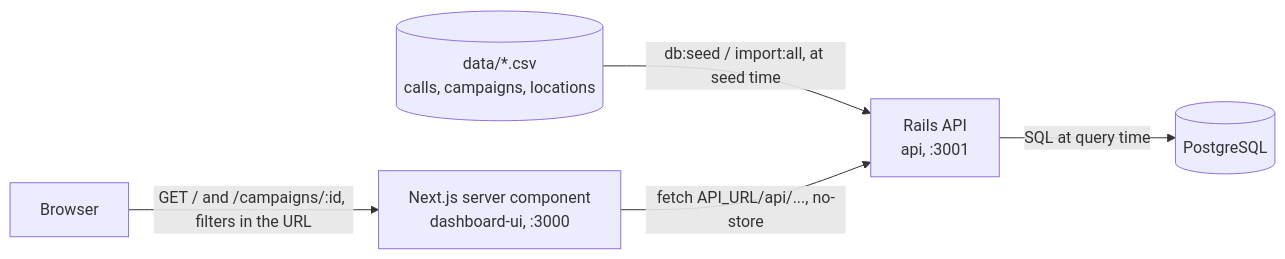
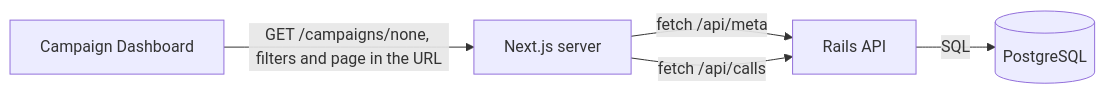
Before and after one commit to diegovazquezny/campaign-dashboard: the third of 6 diagrams in TECHNICAL.md, drawn with Mermaid. The commit also changed other lines of this file, not shown here.

````diff
--- a/TECHNICAL.md
+++ b/TECHNICAL.md
@@ -7,13 +43,12 @@
 ```mermaid
 flowchart LR
-    csv[("data/*.csv<br/>calls, campaigns, locations")]
-    browser[Browser]
-    web["Next.js server component<br/>dashboard-ui, :3000"]
-    api["Rails API<br/>api, :3001"]
+    browser[Campaign Dashboard]
+    web["Next.js server"]
+    api["Rails API"]
     db[(PostgreSQL)]
 
-    csv -- "db:seed / import:all, at seed time" --> api
-    browser -- "GET / and /campaigns/:id, filters in the URL" --> web
-    web -- "fetch API_URL/api/..., no-store" --> api
-    api -- "SQL at query time" --> db
+    browser -- "GET /campaigns/none, filters and page in the URL" --> web
+    web -- "fetch /api/meta" --> api
+    web -- "fetch /api/calls" --> api
+    api -- "SQL" --> db
 ```
````
